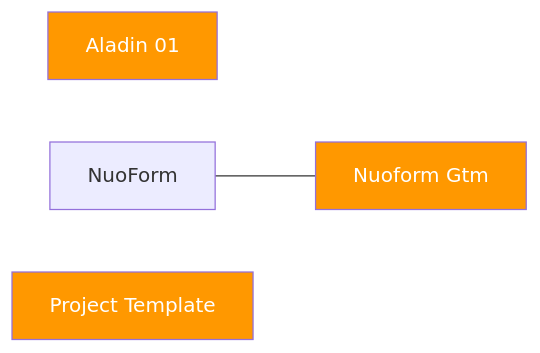
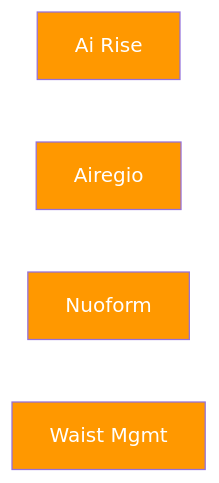
Before and after one commit to Katty-Fashion/kf-cpto: the diagram in docs/dependency-graph.md, drawn with Mermaid. The commit also changed other lines of this file and 9 other files, not shown here.

First line of the commit message:
fix: remove mermaid kanban @{} metadata and quote node labels

````diff
--- a/docs/dependency-graph.md
+++ b/docs/dependency-graph.md
@@ -10,10 +10,11 @@
 ```mermaid
 graph LR
-    Aladin-01[Aladin 01]:::internal
-    NuoForm---GTM[Nuoform   Gtm]:::internal
-    project-template[Project Template]:::internal
+    ai-rise[Ai Rise]:::internal
+    airegio[Airegio]:::internal
+    nuoform[Nuoform]:::internal
+    waist-mgmt[Waist Mgmt]:::internal
 
     classDef saas fill:#4CAF50,color:#fff
     classDef eu fill:#2196F3,color:#fff
     classDef internal fill:#FF9800,color:#fff
 ```
````
